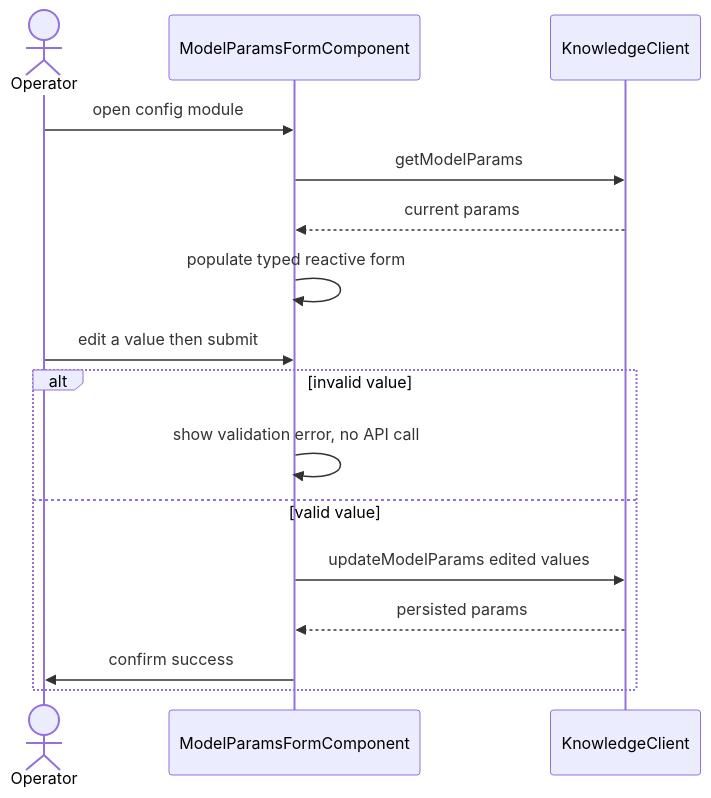
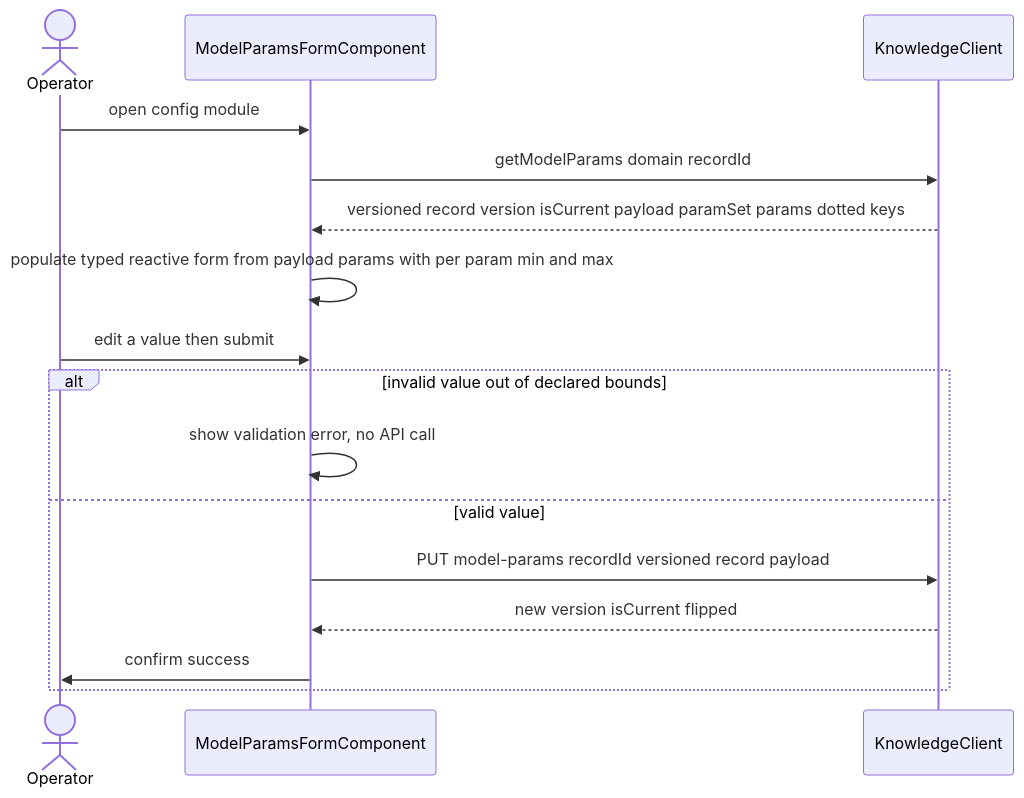
The tenth of 13 diagrams in services/web-ui/design.md (nikhilmohan/correlation-platform), drawn with Mermaid before and after one commit. The commit also changed other lines of this file, not shown here.

````diff
--- a/services/web-ui/design.md
+++ b/services/web-ui/design.md
@@ -635,18 +859,18 @@
 ```mermaid
 sequenceDiagram
   actor Operator
   participant Form as ModelParamsFormComponent
   participant KC as KnowledgeClient
   Operator->>Form: open config module
-  Form->>KC: getModelParams
-  KC-->>Form: current params
-  Form->>Form: populate typed reactive form
+  Form->>KC: getModelParams domain recordId
+  KC-->>Form: versioned record version isCurrent payload paramSet params dotted keys
+  Form->>Form: populate typed reactive form from payload params with per param min and max
   Operator->>Form: edit a value then submit
-  alt invalid value
+  alt invalid value out of declared bounds
     Form->>Form: show validation error, no API call
   else valid value
-    Form->>KC: updateModelParams edited values
-    KC-->>Form: persisted params
+    Form->>KC: PUT model-params recordId versioned record payload
+    KC-->>Form: new version isCurrent flipped
     Form->>Operator: confirm success
   end
 ```
````
